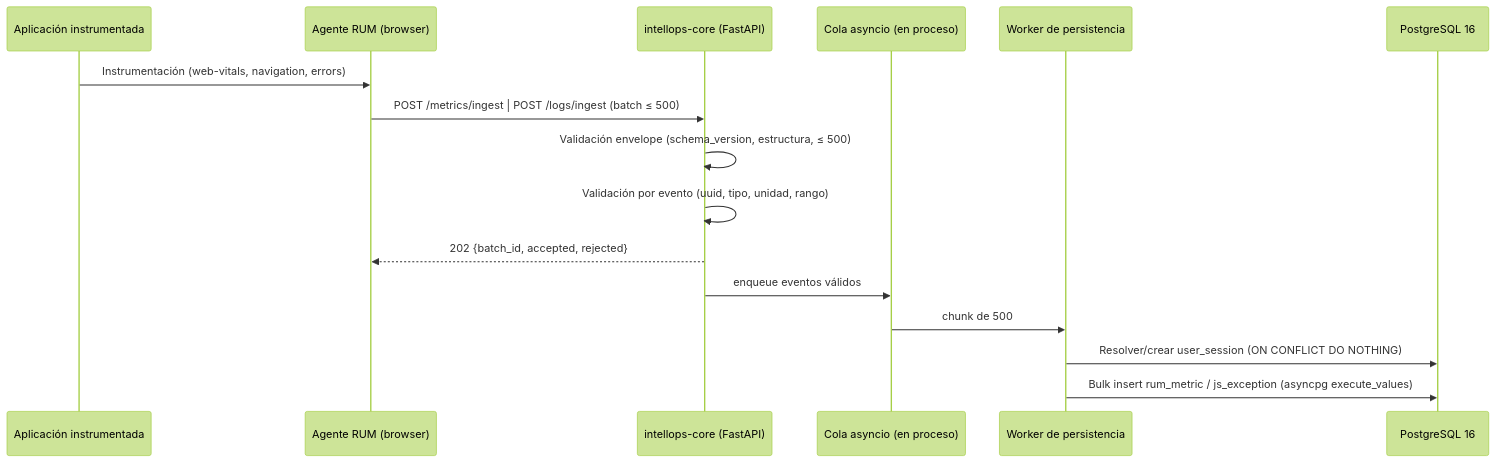
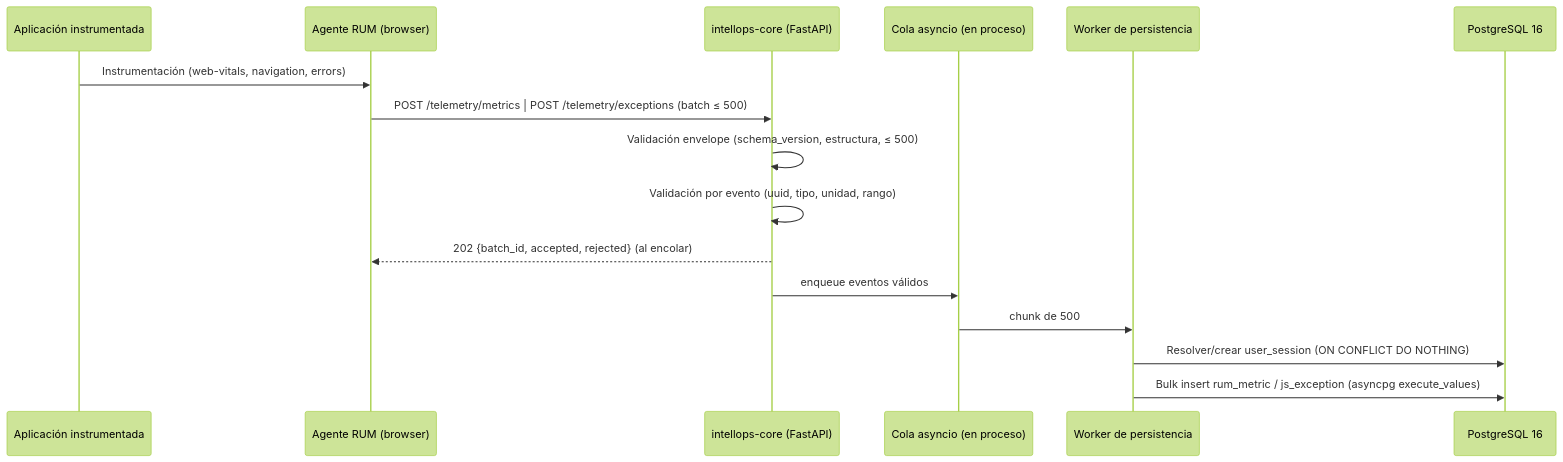
One commit to infraitgidas/intellops changed the diagram in docs/architecture/PipelineIngestaRUM.md. Above: the diagram before and after it, drawn with Mermaid (forest theme). The commit also changed other lines of this file and 8 other files, not shown here.

First line of the commit message:
docs(architecture): nomenclatura /telemetry/* en specs y docs vivas; ADR y changelog (ISS-S2-03)

````diff
--- a/docs/architecture/PipelineIngestaRUM.md
+++ b/docs/architecture/PipelineIngestaRUM.md
@@ -12,19 +12,19 @@
 ```mermaid
 sequenceDiagram
     participant App as Aplicación instrumentada
     participant Agent as Agente RUM (browser)
     participant API as intellops-core (FastAPI)
     participant Q as Cola asyncio (en proceso)
     participant W as Worker de persistencia
     participant DB as PostgreSQL 16
 
     App->>Agent: Instrumentación (web-vitals, navigation, errors)
-    Agent->>API: POST /metrics/ingest | POST /logs/ingest (batch ≤ 500)
+    Agent->>API: POST /telemetry/metrics | POST /telemetry/exceptions (batch ≤ 500)
     API->>API: Validación envelope (schema_version, estructura, ≤ 500)
     API->>API: Validación por evento (uuid, tipo, unidad, rango)
-    API-->>Agent: 202 {batch_id, accepted, rejected}
+    API-->>Agent: 202 {batch_id, accepted, rejected} (al encolar)
     API->>Q: enqueue eventos válidos
     Q->>W: chunk de 500
     W->>DB: Resolver/crear user_session (ON CONFLICT DO NOTHING)
     W->>DB: Bulk insert rum_metric / js_exception (asyncpg execute_values)
 ```
````
